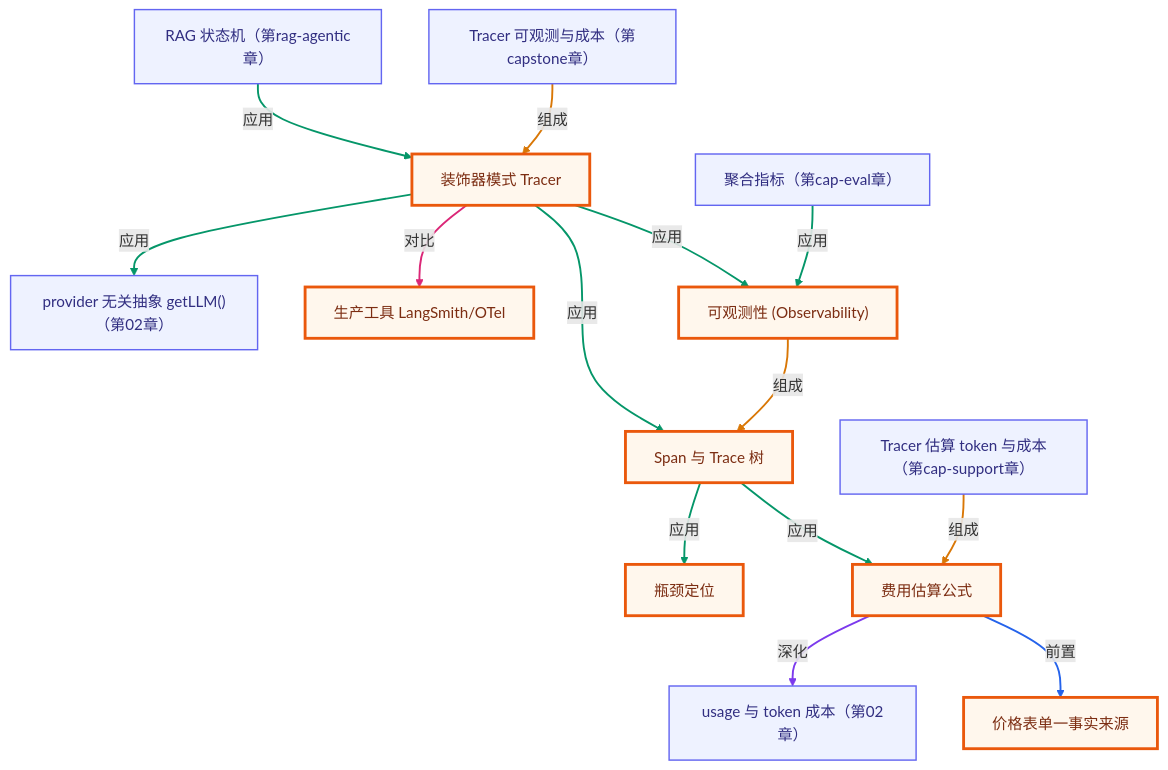
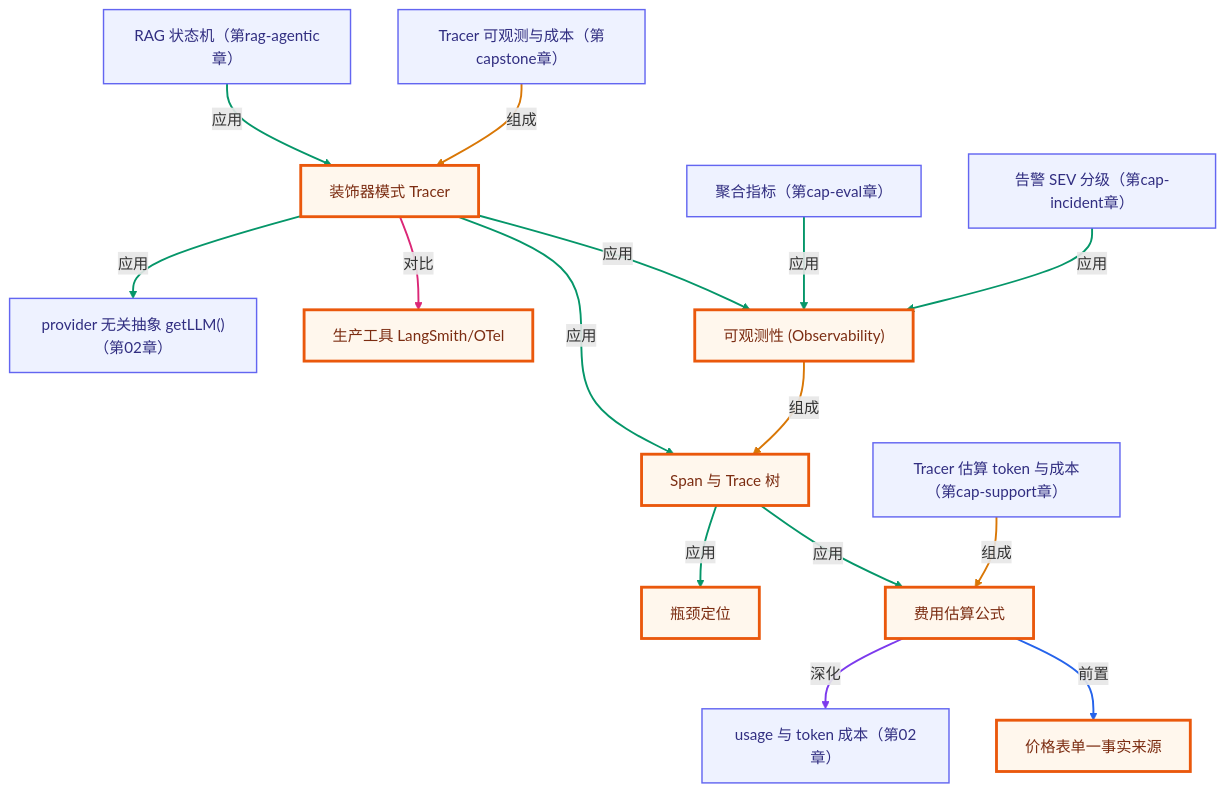
One commit to songuu/agent changed the second of 2 diagrams in lessons/16-observability-and-cost/README.md. Above: the diagram before and after it, drawn with Mermaid. The commit also changed other lines of this file and 37 other files, not shown here.

````diff
--- a/lessons/16-observability-and-cost/README.md
+++ b/lessons/16-observability-and-cost/README.md
@@ -258,46 +258,49 @@
 ```mermaid
 graph TB
   classDef own fill:#fff7ed,stroke:#ea580c,stroke-width:3px,color:#7c2d12;
   classDef cross fill:#eef2ff,stroke:#6366f1,stroke-width:1.5px,color:#312e81;
   n_c16_observability["可观测性 (Observability)"]
   n_c16_span_trace_tree["Span 与 Trace 树"]
   n_c16_decorator_tracer["装饰器模式 Tracer"]
   n_c16_cost_estimation["费用估算公式"]
   n_c16_price_table["价格表单一事实来源"]
   n_c16_bottleneck_location["瓶颈定位"]
   n_c16_production_tooling["生产工具 LangSmith/OTel"]
   n_c02_usage_token["usage 与 token 成本（第02章）"]
   n_c02_get_llm_abstraction["provider 无关抽象 getLLM()（第02章）"]
   n_ccapstone_tracer_cost["Tracer 可观测与成本（第capstone章）"]
   n_csup_observability["Tracer 估算 token 与成本（第cap-support章）"]
   n_cev_metrics["聚合指标（第cap-eval章）"]
+  n_cinc_severity["告警 SEV 分级（第cap-incident章）"]
   n_cragagentic_state_machine["RAG 状态机（第rag-agentic章）"]
   n_c16_observability -->|组成| n_c16_span_trace_tree
   n_c16_decorator_tracer -->|应用| n_c16_observability
   n_c16_decorator_tracer -->|应用| n_c16_span_trace_tree
   n_c16_cost_estimation -->|前置| n_c16_price_table
   n_c16_span_trace_tree -->|应用| n_c16_cost_estimation
   n_c16_span_trace_tree -->|应用| n_c16_bottleneck_location
   n_c16_decorator_tracer -->|对比| n_c16_production_tooling
   n_c16_cost_estimation -->|深化| n_c02_usage_token
   n_c16_decorator_tracer -->|应用| n_c02_get_llm_abstraction
   n_ccapstone_tracer_cost -->|组成| n_c16_decorator_tracer
   n_csup_observability -->|组成| n_c16_cost_estimation
   n_cev_metrics -->|应用| n_c16_observability
+  n_cinc_severity -->|应用| n_c16_observability
   n_cragagentic_state_machine -->|应用| n_c16_decorator_tracer
   class n_c16_observability,n_c16_span_trace_tree,n_c16_decorator_tracer,n_c16_cost_estimation,n_c16_price_table,n_c16_bottleneck_location,n_c16_production_tooling own;
-  class n_c02_usage_token,n_c02_get_llm_abstraction,n_ccapstone_tracer_cost,n_csup_observability,n_cev_metrics,n_cragagentic_state_machine cross;
+  class n_c02_usage_token,n_c02_get_llm_abstraction,n_ccapstone_tracer_cost,n_csup_observability,n_cev_metrics,n_cinc_severity,n_cragagentic_state_machine cross;
   linkStyle 0 stroke:#d97706,stroke-width:2px;
   linkStyle 1 stroke:#059669,stroke-width:2px;
   linkStyle 2 stroke:#059669,stroke-width:2px;
   linkStyle 3 stroke:#2563eb,stroke-width:2px;
   linkStyle 4 stroke:#059669,stroke-width:2px;
   linkStyle 5 stroke:#059669,stroke-width:2px;
   linkStyle 6 stroke:#db2777,stroke-width:2px;
   linkStyle 7 stroke:#7c3aed,stroke-width:2px;
   linkStyle 8 stroke:#059669,stroke-width:2px;
   linkStyle 9 stroke:#d97706,stroke-width:2px;
   linkStyle 10 stroke:#d97706,stroke-width:2px;
   linkStyle 11 stroke:#059669,stroke-width:2px;
   linkStyle 12 stroke:#059669,stroke-width:2px;
+  linkStyle 13 stroke:#059669,stroke-width:2px;
 ```
````
